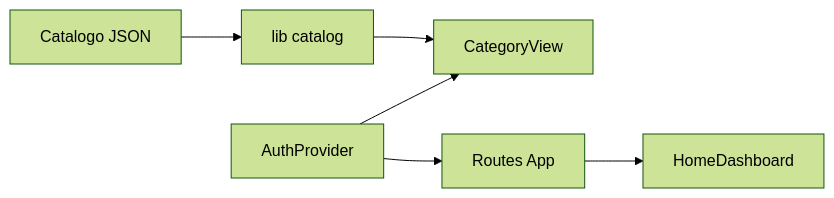
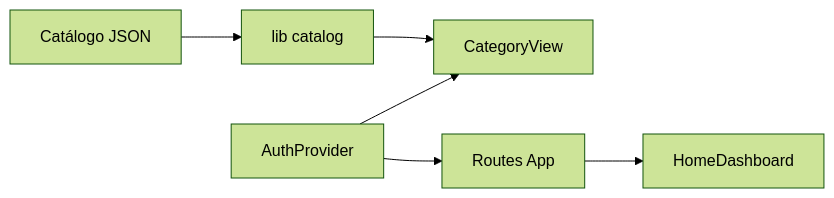
Before and after one commit to oBaldon/portal-agepar: the diagram in apps/docs-site/docs/04-frontend-host-react-vite-ts/01-estrutura-src-pages-components.md, drawn with Mermaid (forest theme). The commit also changed other lines of this file and 2 other files, not shown here.

Commit message:
docs: align architecture docs with current catalog and weekly tasks flow

````diff
--- a/apps/docs-site/docs/04-frontend-host-react-vite-ts/01-estrutura-src-pages-components.md
+++ b/apps/docs-site/docs/04-frontend-host-react-vite-ts/01-estrutura-src-pages-components.md
@@ -54,8 +55,8 @@
 ```mermaid
 flowchart LR
-  C[Catalogo JSON] --> L[lib catalog]
+  C[Catálogo JSON] --> L[lib catalog]
   L --> P[CategoryView]
   A[AuthProvider] --> P
   A --> R[Routes App]
   R --> H[HomeDashboard]
 ```
````
